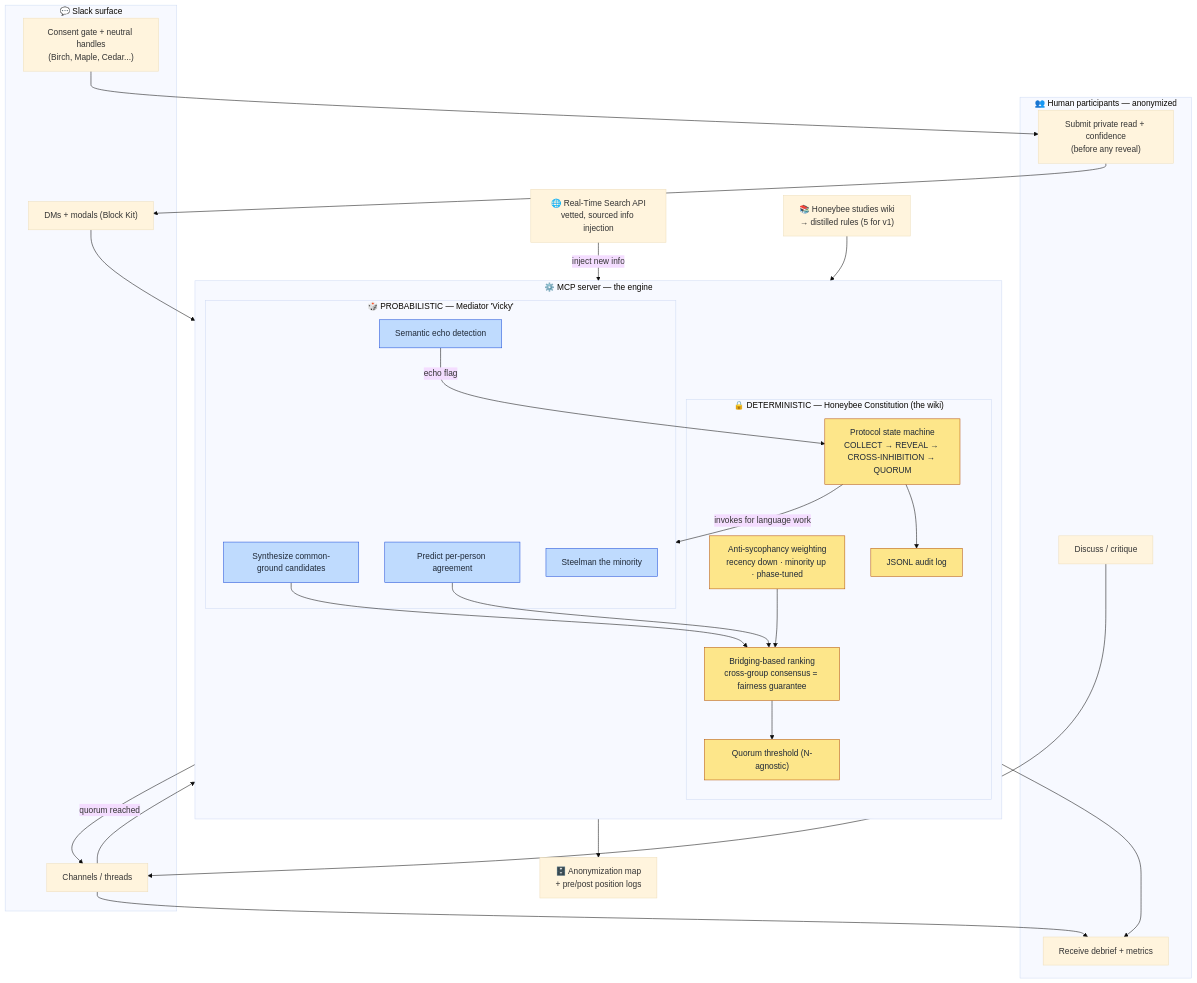
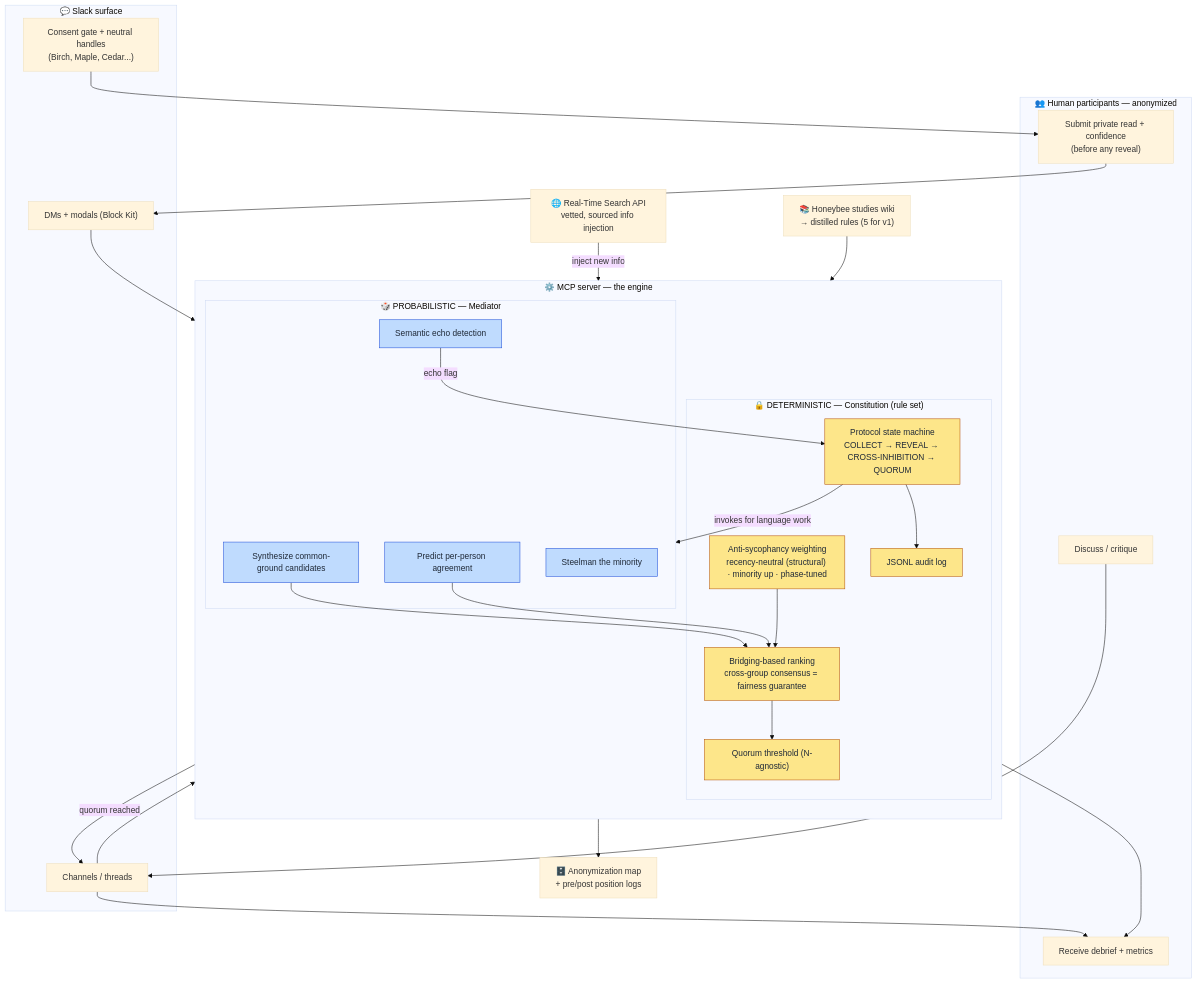
Before and after one commit to abiramiclub/debate: the diagram in docs/architecture_v1.mermaid, drawn with Mermaid (base theme). The commit also changed 5 other files, not shown here.

```diff
--- a/docs/architecture_v1.mermaid
+++ b/docs/architecture_v1.mermaid
@@ -1,62 +1,62 @@
 %% Architecture v1 — Bee-Constitution Deliberation Mediator (Slack Agent)
 %% Core thesis: deterministic constitution CONDUCTS; probabilistic mediator EXECUTES language tasks it invokes.
 flowchart TB
     subgraph HUMANS["👥 Human participants — anonymized"]
         H1["Submit private read + confidence<br/>(before any reveal)"]
         H2["Discuss / critique"]
         H3["Receive debrief + metrics"]
     end
 
     subgraph SLACK["💬 Slack surface"]
         S0["Consent gate + neutral handles<br/>(Birch, Maple, Cedar...)"]
         S1["Channels / threads"]
         S2["DMs + modals (Block Kit)"]
     end
 
     subgraph ENGINE["⚙️ MCP server — the engine"]
         direction TB
-        subgraph DET["🔒 DETERMINISTIC — Honeybee Constitution (the wiki)"]
+        subgraph DET["🔒 DETERMINISTIC — Constitution (rule set)"]
             D1["Protocol state machine<br/>COLLECT → REVEAL → CROSS-INHIBITION → QUORUM"]
             D2["Bridging-based ranking<br/>cross-group consensus = fairness guarantee"]
-            D3["Anti-sycophancy weighting<br/>recency down · minority up · phase-tuned"]
+            D3["Anti-sycophancy weighting<br/>recency-neutral (structural) · minority up · phase-tuned"]
             D4["Quorum threshold (N-agnostic)"]
             D5["JSONL audit log"]
         end
-        subgraph PROB["🎲 PROBABILISTIC — Mediator 'Vicky'"]
+        subgraph PROB["🎲 PROBABILISTIC — Mediator"]
             P1["Synthesize common-ground candidates"]
             P2["Predict per-person agreement"]
             P3["Steelman the minority"]
             P4["Semantic echo detection"]
         end
     end
 
     KNOW["📚 Honeybee studies wiki<br/>→ distilled rules (5 for v1)"]
     DATA["🗄️ Anonymization map<br/>+ pre/post position logs"]
     RTS["🌐 Real-Time Search API<br/>vetted, sourced info injection"]
 
     %% --- flows ---
     S0 --> H1
     H1 --> S2
     H2 --> S1
     S1 --> ENGINE
     S2 --> ENGINE
 
     KNOW --> DET
     D1 -->|"invokes for language work"| PROB
     P1 --> D2
     P2 --> D2
     D3 --> D2
     D2 --> D4
     P4 -->|"echo flag"| D1
     RTS -->|"inject new info"| D1
 
     D4 -->|"quorum reached"| S1
     D1 --> D5
     ENGINE --> DATA
     D5 --> H3
     S1 --> H3
 
     classDef det fill:#fde68a,stroke:#b45309,color:#1f2937;
     classDef prob fill:#bfdbfe,stroke:#1d4ed8,color:#1f2937;
     class D1,D2,D3,D4,D5 det;
     class P1,P2,P3,P4 prob;
```
